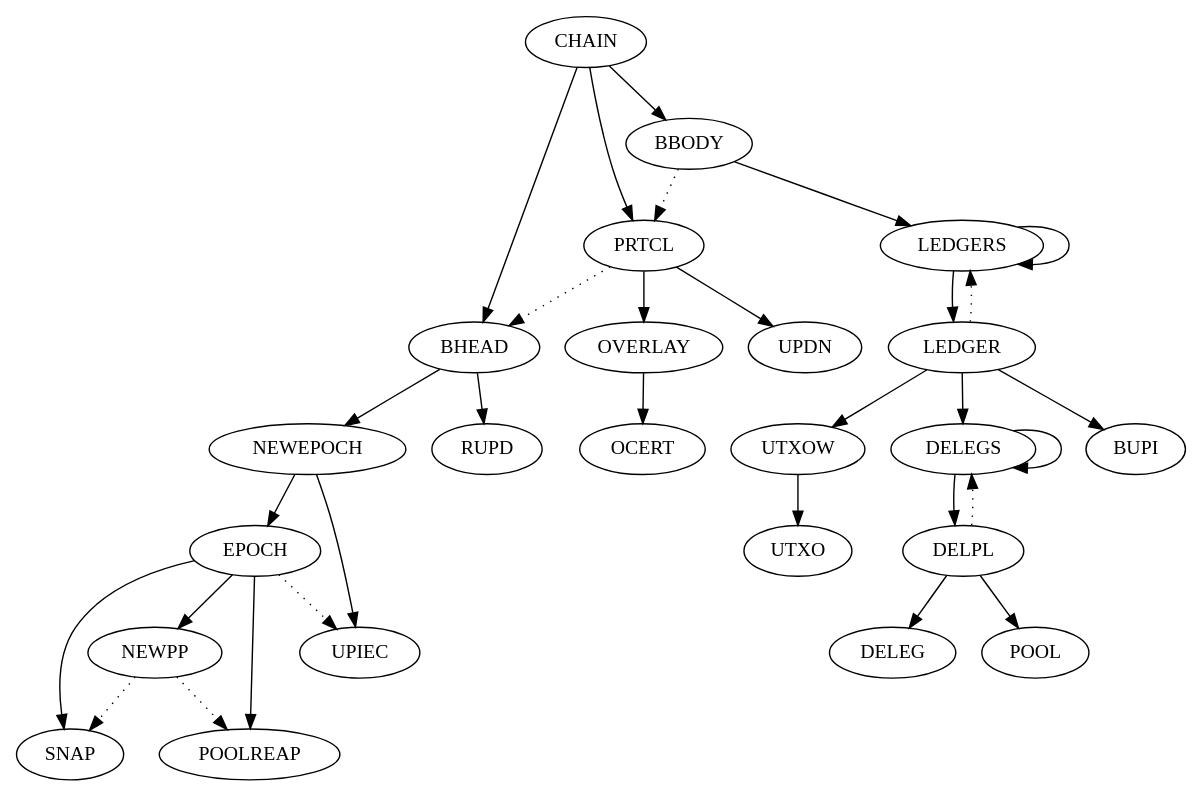
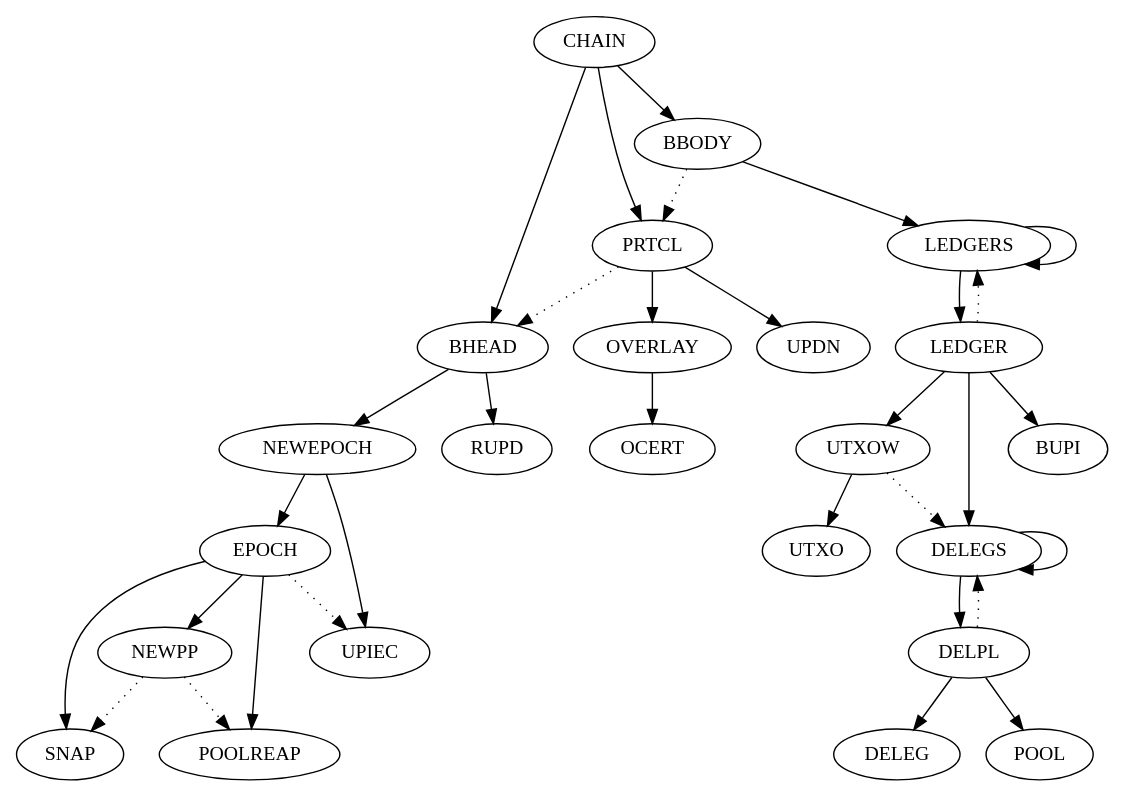
The diagram in shelley/chain-and-ledger/formal-spec/rules.dot (IntersectMBO/cardano-ledger), drawn with Graphviz before and after one commit. The commit also changed 8 other files, not shown here.

```diff
--- a/shelley/chain-and-ledger/formal-spec/rules.dot
+++ b/shelley/chain-and-ledger/formal-spec/rules.dot
@@ -1,44 +1,45 @@
 digraph STS {
         CHAIN -> BBODY
         CHAIN -> PRTCL
         CHAIN -> BHEAD
         BBODY -> PRTCL [style=dotted]
         PRTCL -> BHEAD [style=dotted]
 
         UTXOW -> UTXO
+        UTXOW -> DELEGS [style=dotted]
 
         DELEGS -> DELPL
         DELEGS -> DELEGS
         DELPL  -> DELEGS [style=dotted]
 
         DELPL -> DELEG
         DELPL -> POOL
 
         LEDGER -> BUPI
         LEDGER -> DELEGS
         LEDGER -> UTXOW
 
         LEDGERS -> LEDGER
         LEDGERS -> LEDGERS
         LEDGER  -> LEDGERS [style=dotted]
 
         EPOCH -> SNAP
         EPOCH -> POOLREAP
         EPOCH -> NEWPP
         NEWPP -> POOLREAP [style=dotted]
         NEWPP -> SNAP [style=dotted]
 
         NEWEPOCH -> EPOCH
         NEWEPOCH -> UPIEC
         EPOCH -> UPIEC [style=dotted]
 
         BHEAD -> RUPD
         BHEAD -> NEWEPOCH
 
         OVERLAY -> OCERT
 
         PRTCL -> UPDN
         PRTCL -> OVERLAY
 
         BBODY -> LEDGERS
 }
```
